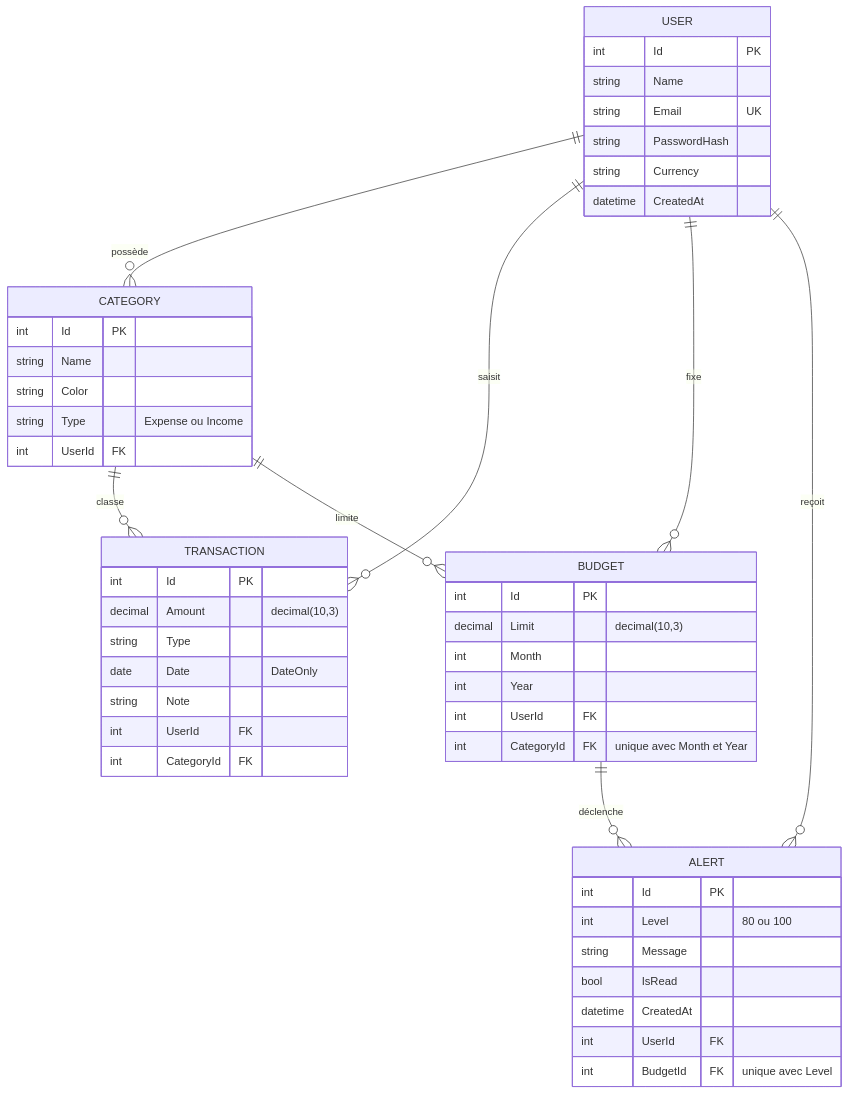
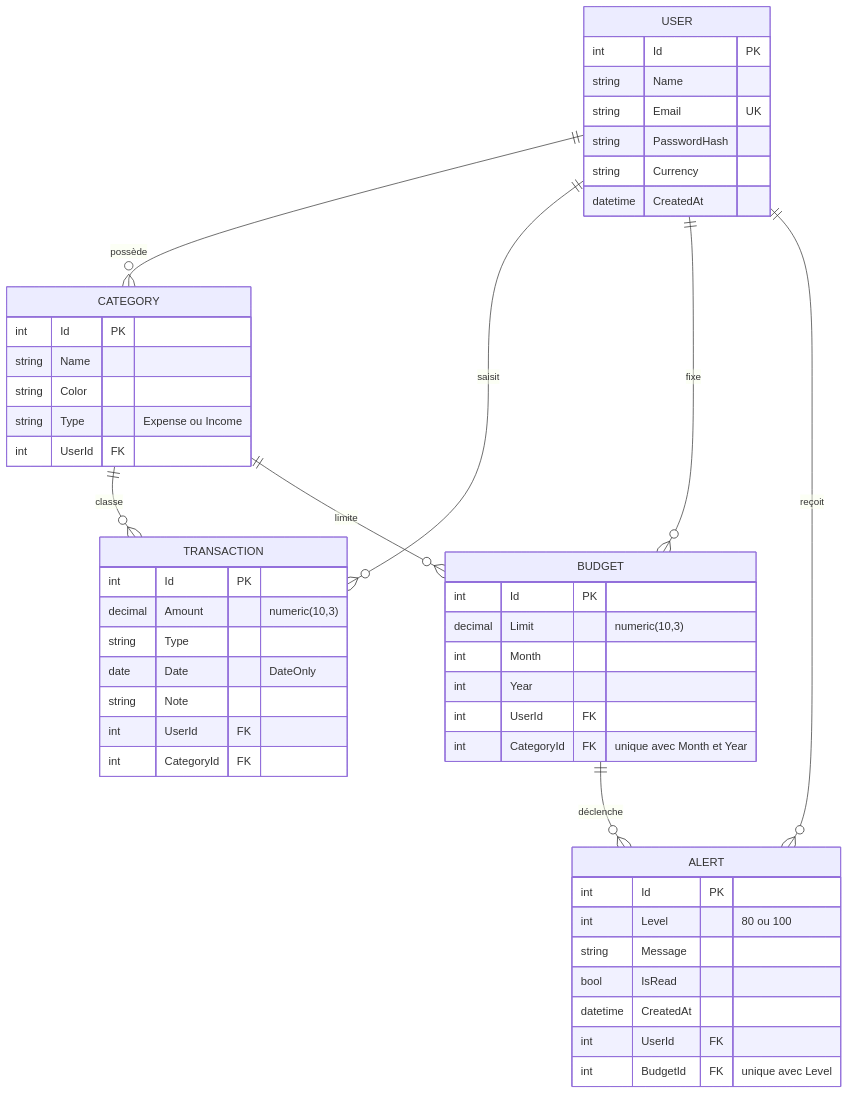
The second of 2 diagrams in README.md (inesgha/budgetly), drawn with Mermaid before and after one commit. The commit also changed other lines of this file and 23 other files, not shown here.

````diff
--- a/README.md
+++ b/README.md
@@ -81,52 +82,52 @@
 ```mermaid
 erDiagram
     USER ||--o{ CATEGORY : "possède"
     USER ||--o{ TRANSACTION : "saisit"
     USER ||--o{ BUDGET : "fixe"
     USER ||--o{ ALERT : "reçoit"
     CATEGORY ||--o{ TRANSACTION : "classe"
     CATEGORY ||--o{ BUDGET : "limite"
     BUDGET ||--o{ ALERT : "déclenche"
 
     USER {
         int Id PK
         string Name
         string Email UK
         string PasswordHash
         string Currency
         datetime CreatedAt
     }
     CATEGORY {
         int Id PK
         string Name
         string Color
         string Type "Expense ou Income"
         int UserId FK
     }
     TRANSACTION {
         int Id PK
-        decimal Amount "decimal(10,3)"
+        decimal Amount "numeric(10,3)"
         string Type
         date Date "DateOnly"
         string Note
         int UserId FK
         int CategoryId FK
     }
     BUDGET {
         int Id PK
-        decimal Limit "decimal(10,3)"
+        decimal Limit "numeric(10,3)"
         int Month
         int Year
         int UserId FK
         int CategoryId FK "unique avec Month et Year"
     }
     ALERT {
         int Id PK
         int Level "80 ou 100"
         string Message
         bool IsRead
         datetime CreatedAt
         int UserId FK
         int BudgetId FK "unique avec Level"
     }
 ```
````
